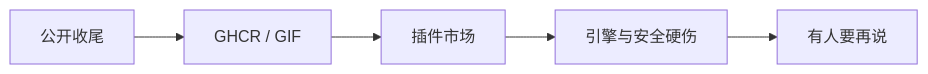
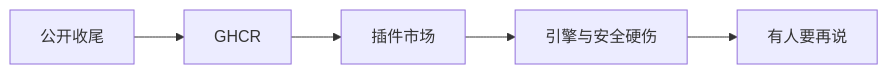
Before and after one commit to qualitest-hq/qualitest: the diagram in docs/ROADMAP.md, drawn with Mermaid. The commit also changed other lines of this file and 12 other files, not shown here.

````diff
--- a/docs/ROADMAP.md
+++ b/docs/ROADMAP.md
@@ -14,7 +14,7 @@
 ```mermaid
 flowchart LR
-  A["公开收尾"] --> B["GHCR / GIF"]
+  A["公开收尾"] --> B["GHCR"]
   B --> C["插件市场"]
   C --> D["引擎与安全硬伤"]
   D --> E["有人要再说"]
 ```
````
